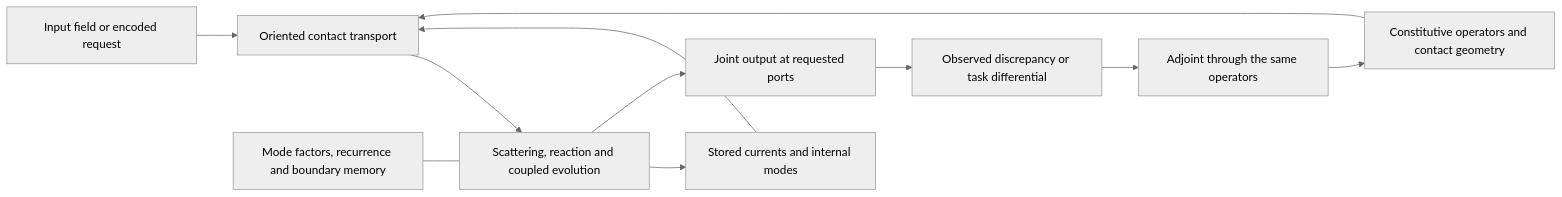
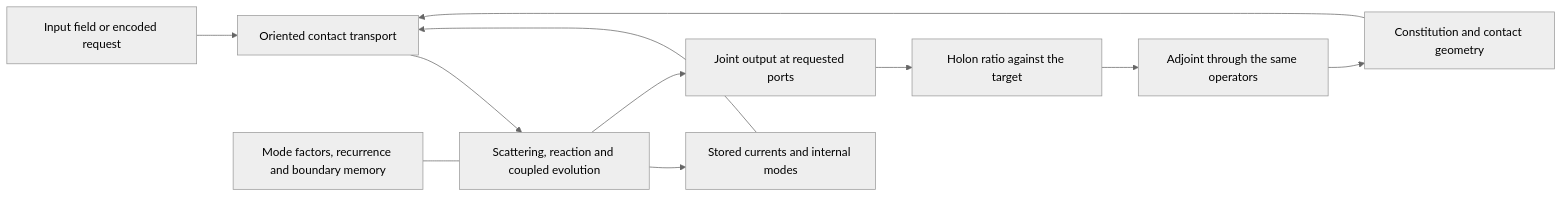
The diagram in docs/HNN_FORMULA.md (brandonrdug/holonics), drawn with Mermaid (neutral theme) before and after one commit. The commit also changed other lines of this file and 45 other files, not shown here.

````diff
--- a/docs/HNN_FORMULA.md
+++ b/docs/HNN_FORMULA.md
@@ -534,13 +569,13 @@
 ```mermaid
 flowchart LR
     U[Input field or encoded request] --> D[Oriented contact transport]
     X[Stored currents and internal modes] --> D
-    M[Constitutive operators and contact geometry] --> D
+    M[Constitution and contact geometry] --> D
     D --> S[Scattering, reaction and coupled evolution]
     S --> X
     S --> Y[Joint output at requested ports]
-    Y --> L[Observed discrepancy or task differential]
+    Y --> L[Holon ratio against the target]
     L --> A[Adjoint through the same operators]
     A --> M
     C[Mode factors, recurrence and boundary memory] --- S
 ```
````
